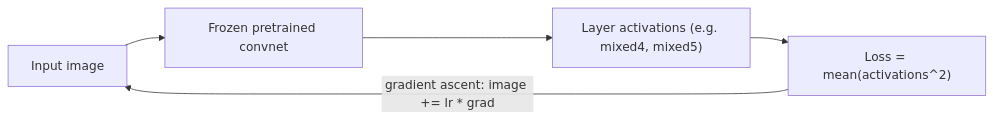
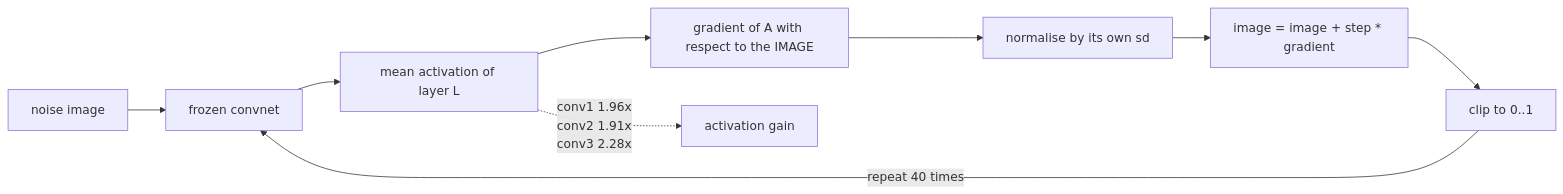
Before and after one commit to Ravikisha/PythonCentralHub: the diagram in src/content/docs/Deep Learning/Phase 06 - Generative Deep Learning/DeepDream.mdx, drawn with Mermaid. The commit also changed other lines of this file and 626 other files, not shown here.

````diff
--- a/src/content/docs/Deep Learning/Phase 06 - Generative Deep Learning/DeepDream.mdx
+++ b/src/content/docs/Deep Learning/Phase 06 - Generative Deep Learning/DeepDream.mdx
@@ -40,7 +72,11 @@
-```mermaid title="Gradient ascent on the input image" desc="Instead of updating weights to reduce a loss, DeepDream updates the input image to increase a layer's activation."
+```mermaid
 flowchart LR
-  I["Input image"] --> N["Frozen pretrained convnet"]
-  N --> A["Layer activations (e.g. mixed4, mixed5)"]
-  A --> L["Loss = mean(activations^2)"]
-  L -->|"gradient ascent: image += lr * grad"| I
+  N["noise image"] --> F["frozen convnet"]
+  F --> A["mean activation of layer L"]
+  A --> G["gradient of A with respect to the IMAGE"]
+  G --> S["normalise by its own sd"]
+  S --> U["image = image + step * gradient"]
+  U --> C["clip to 0..1"]
+  C -->|"repeat 40 times"| F
+  A -.->|"conv1 1.96x<br/>conv2 1.91x<br/>conv3 2.28x"| R["activation gain"]
 ```
````
